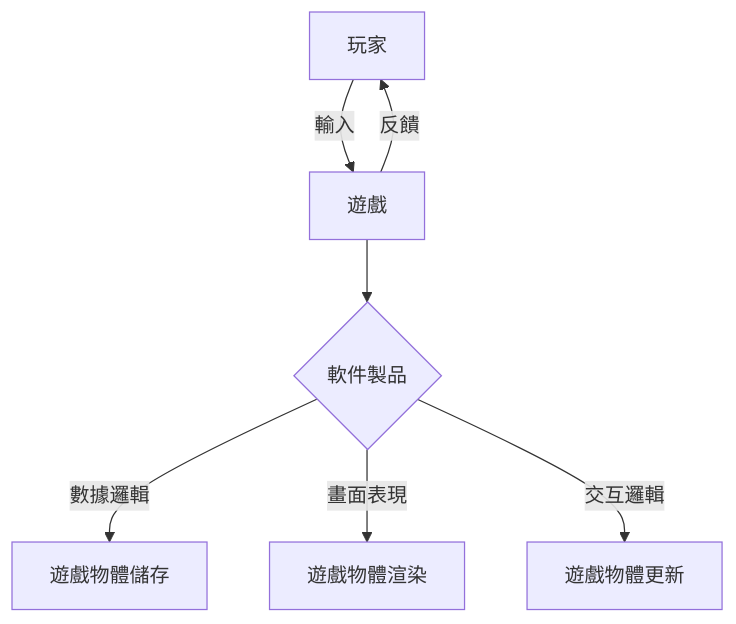
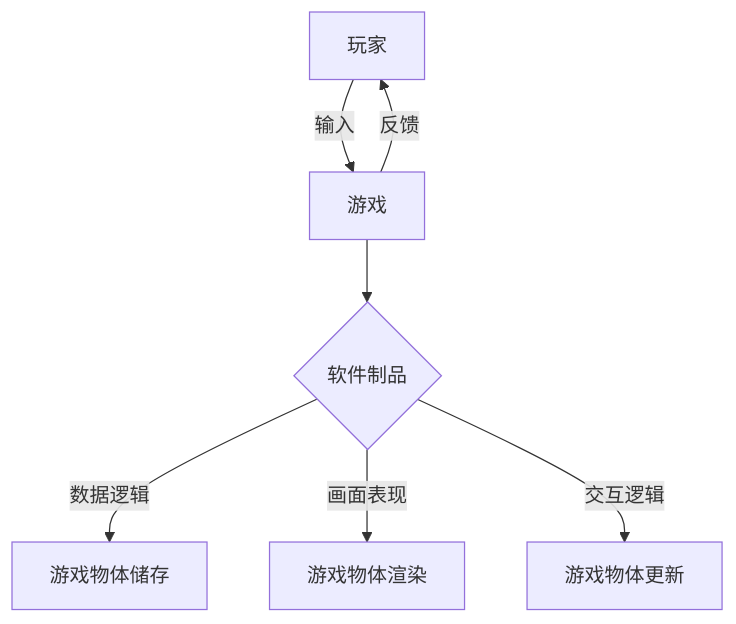
Before and after one commit to jskyzero/design.jskyzero.com: the first of 2 diagrams in _posts/books.more/2020-01-05-sakura_nagashi.md, drawn with Mermaid. The commit also changed other lines of this file and 2 other files, not shown here.

```diff
--- a/_posts/books.more/2020-01-05-sakura_nagashi.md
+++ b/_posts/books.more/2020-01-05-sakura_nagashi.md
@@ -46,9 +46,9 @@
 {% mermaid %}
 graph TD;
-  A[玩家] -->|輸入| B[遊戲];
-  B -->|反饋| A;
-  B --> C{軟件製品};
-  C -->|數據邏輯| D[遊戲物體儲存];
-  C -->|畫面表現| E[遊戲物體渲染];
-  C -->|交互邏輯| F[遊戲物體更新];
+  A[玩家] -->|输入| B[游戏];
+  B -->|反馈| A;
+  B --> C{软件制品};
+  C -->|数据逻辑| D[游戏物体储存];
+  C -->|画面表现| E[游戏物体渲染];
+  C -->|交互逻辑| F[游戏物体更新];
 {% endmermaid %}
```
